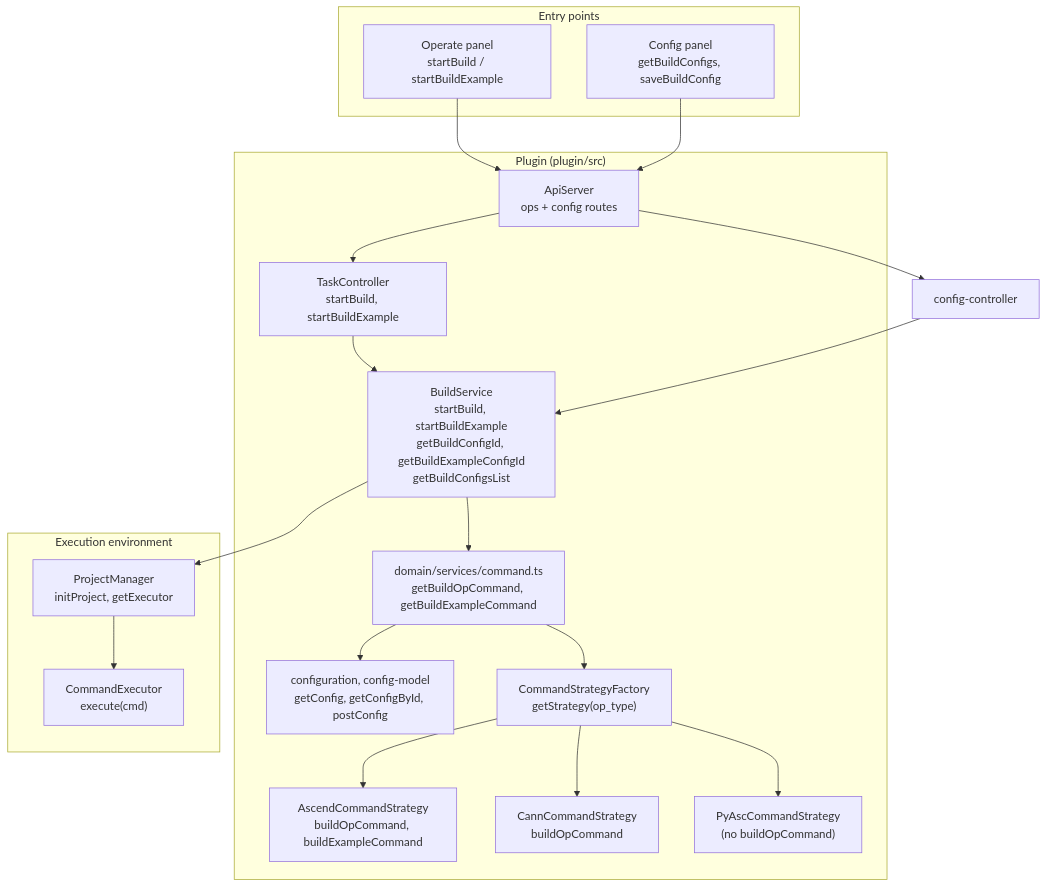
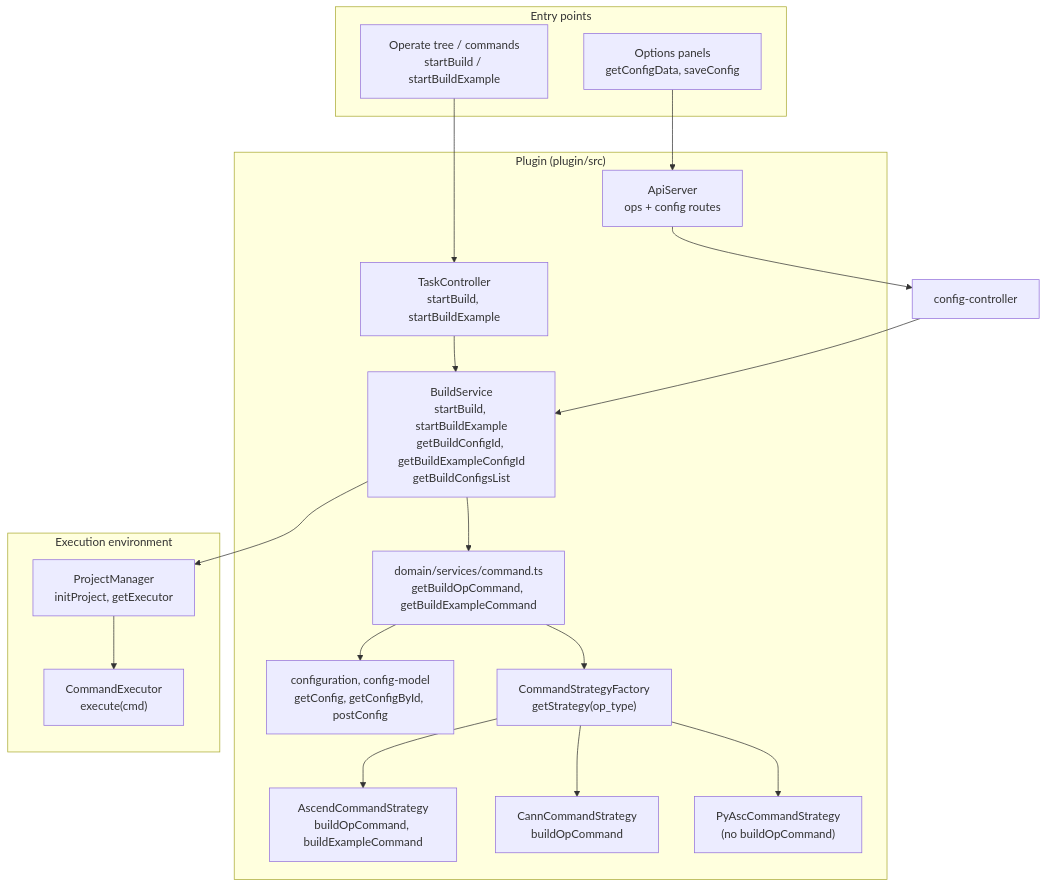
Before and after one commit to IdeFrontend/opdev_plugin: the second of 5 diagrams in docs/build-integration.md, drawn with Mermaid. The commit also changed other lines of this file and 74 other files, not shown here.

````diff
--- a/docs/build-integration.md
+++ b/docs/build-integration.md
@@ -64,34 +63,34 @@
 ```mermaid
 flowchart TB
   subgraph Entry["Entry points"]
-    Operate["Operate panel\nstartBuild / startBuildExample"]
-    Config["Config panel\ngetBuildConfigs, saveBuildConfig"]
+    Tree["Operate tree / commands\nstartBuild / startBuildExample"]
+    Config["Options panels\ngetConfigData, saveConfig"]
   end
 
   subgraph Plugin["Plugin (plugin/src)"]
     ApiSrv["ApiServer\nops + config routes"]
     TaskCtrl["TaskController\nstartBuild, startBuildExample"]
     BuildSvc["BuildService\nstartBuild, startBuildExample\ngetBuildConfigId, getBuildExampleConfigId\ngetBuildConfigsList"]
     DomainCmd["domain/services/command.ts\ngetBuildOpCommand, getBuildExampleCommand"]
     ConfigSvc["configuration, config-model\ngetConfig, getConfigById, postConfig"]
     StrategyFactory["CommandStrategyFactory\ngetStrategy(op_type)"]
     Ascend["AscendCommandStrategy\nbuildOpCommand, buildExampleCommand"]
     Cann["CannCommandStrategy\nbuildOpCommand"]
     PyAsc["PyAscCommandStrategy\n(no buildOpCommand)"]
   end
 
   subgraph Env["Execution environment"]
     PM["ProjectManager\ninitProject, getExecutor"]
     Executor["CommandExecutor\nexecute(cmd)"]
   end
 
-  Operate --> ApiSrv --> TaskCtrl --> BuildSvc
+  Tree --> TaskCtrl --> BuildSvc
   Config --> ApiSrv --> ConfigCtrl["config-controller"] --> BuildSvc
   BuildSvc --> DomainCmd
   DomainCmd --> ConfigSvc
   DomainCmd --> StrategyFactory
   StrategyFactory --> Ascend
   StrategyFactory --> Cann
   StrategyFactory --> PyAsc
   BuildSvc --> PM --> Executor
 ```
````
